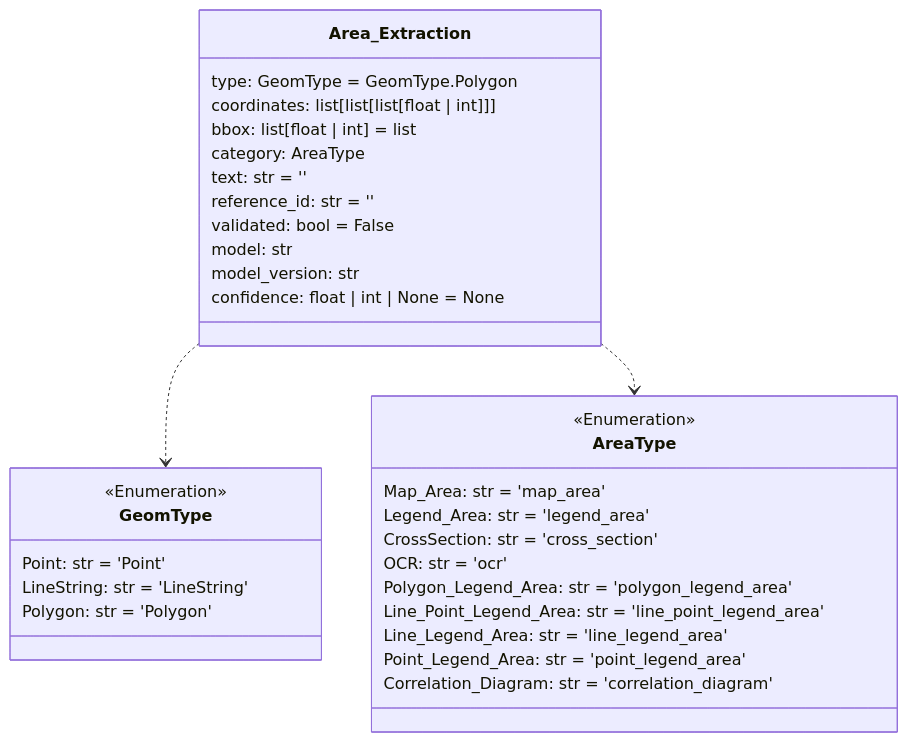
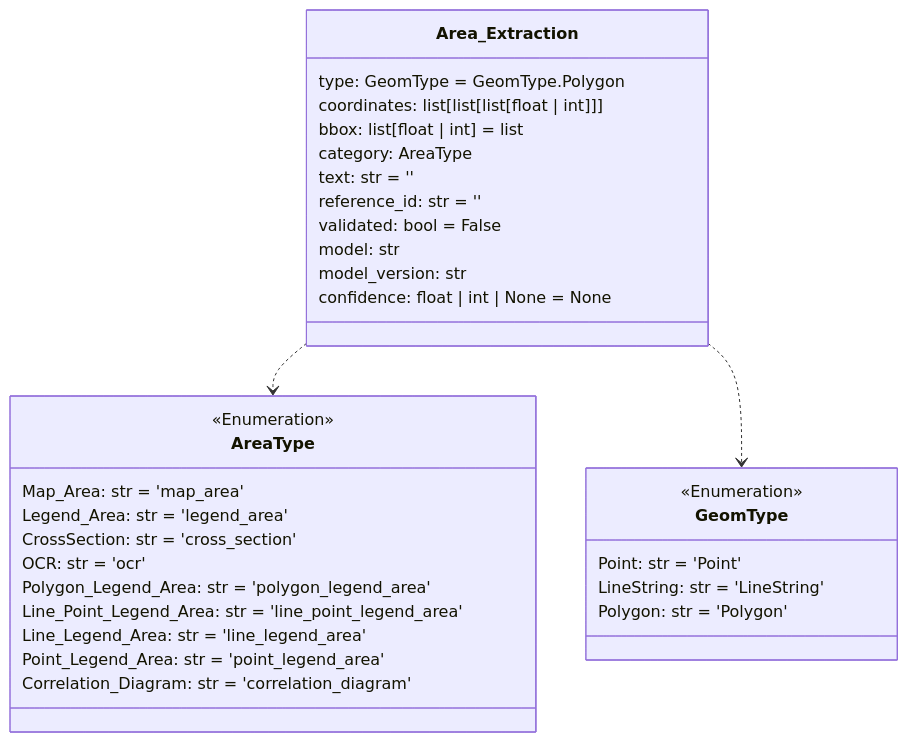
One commit to DARPA-CRITICALMAAS/cdr_schemas changed the first of 14 diagrams in README.md. Above: the diagram before and after it, drawn with Mermaid. The commit also changed other lines of this file and 2 other files, not shown here.

First line of the commit message:
minimal RFUserOptions for baseline RandomForestClassifier model (#61)

````diff
--- a/README.md
+++ b/README.md
@@ -68,41 +68,41 @@
 ```mermaid
 classDiagram
 
-    class GeomType {
-        <<Enumeration>>
-        Point: str = 'Point'
-        LineString: str = 'LineString'
-        Polygon: str = 'Polygon'
+    class Area_Extraction {
+        type: GeomType = GeomType.Polygon
+        coordinates: list[list[list[float | int]]]
+        bbox: list[float | int] = list
+        category: AreaType
+        text: str = ''
+        reference_id: str = ''
+        validated: bool = False
+        model: str
+        model_version: str
+        confidence: float | int | None = None
     }
 
     class AreaType {
         <<Enumeration>>
         Map_Area: str = 'map_area'
         Legend_Area: str = 'legend_area'
         CrossSection: str = 'cross_section'
         OCR: str = 'ocr'
         Polygon_Legend_Area: str = 'polygon_legend_area'
         Line_Point_Legend_Area: str = 'line_point_legend_area'
         Line_Legend_Area: str = 'line_legend_area'
         Point_Legend_Area: str = 'point_legend_area'
         Correlation_Diagram: str = 'correlation_diagram'
     }
 
-    class Area_Extraction {
-        type: GeomType = GeomType.Polygon
-        coordinates: list[list[list[float | int]]]
-        bbox: list[float | int] = list
-        category: AreaType
-        text: str = ''
-        reference_id: str = ''
-        validated: bool = False
-        model: str
-        model_version: str
-        confidence: float | int | None = None
+    class GeomType {
+        <<Enumeration>>
+        Point: str = 'Point'
+        LineString: str = 'LineString'
+        Polygon: str = 'Polygon'
     }
 
+    Area_Extraction ..> AreaType
     Area_Extraction ..> GeomType
-    Area_Extraction ..> AreaType
 
 
 ```
````
